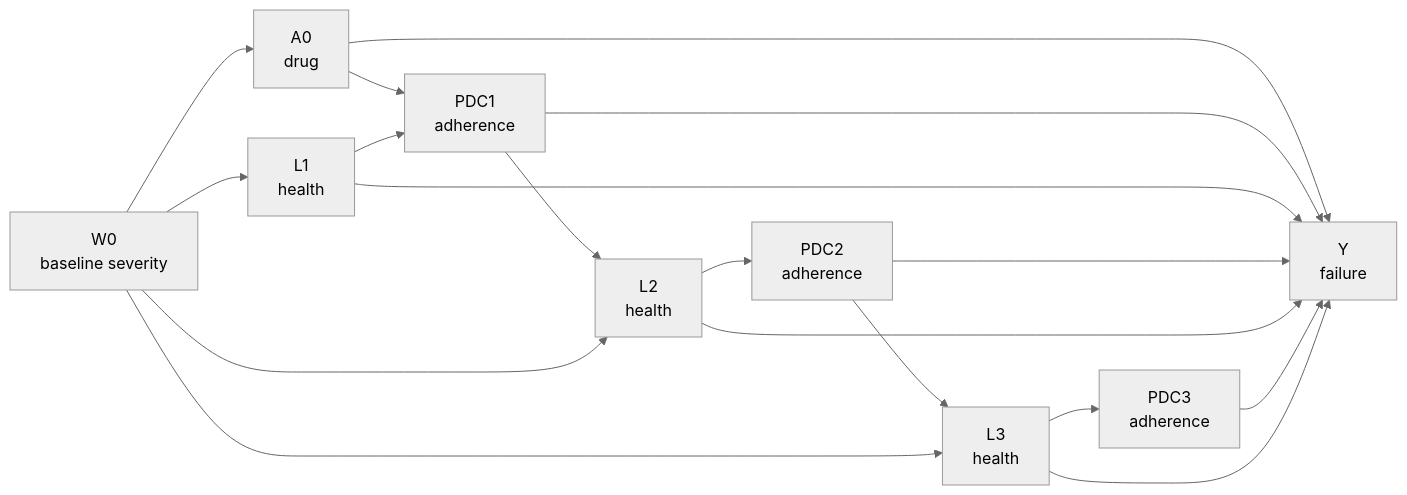
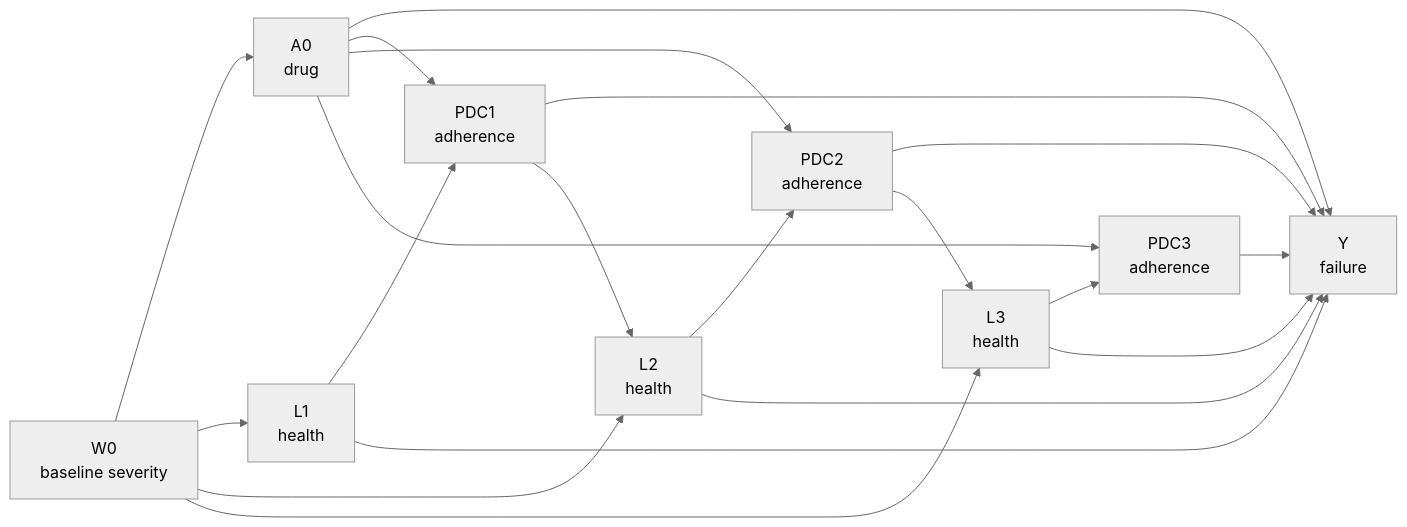
The diagram in 03-03b-adherence-shift-methods.qmd (amertens/causal-learning-handbook), drawn with Mermaid (neutral theme) before and after one commit. The commit also changed other lines of this file and 126 other files, not shown here.

````diff
--- a/03-03b-adherence-shift-methods.qmd
+++ b/03-03b-adherence-shift-methods.qmd
@@ -83,22 +83,24 @@
 ```{mermaid}
 %%| label: fig-adherence-dag
-%%| fig-cap: "Three blocks of the adherence process (K = 3). Baseline severity W0 channels the drug choice A0 (confounding by indication, the arrow W0 to A0). Health status L at each block confounds the adherence-to-failure relationship and is itself moved by prior adherence (the feedback arrows PDC1 to L2 and PDC2 to L3); this is treatment-confounder feedback. The drug A0 modifies the adherence-to-failure relationship at every block (forgiveness). A regression that conditions on L removes the confounding but also blocks the pathway through which past adherence acts; a regression that omits L leaves the confounding in place."
+%%| fig-cap: "Three blocks of the adherence process (K = 3). Baseline severity W0 channels the drug choice A0 (confounding by indication, the arrow W0 to A0). Health status L at each block confounds the adherence-to-failure relationship and is itself moved by prior adherence (the feedback arrows PDC1 to L2 and PDC2 to L3); this is treatment-confounder feedback. The drug A0 also lowers adherence at every block (the arrows A0 to PDC1, PDC2, and PDC3). The drug's forgiveness, its modification of how adherence maps to failure, is not a drawable edge but a feature of the structural failure model. A regression that conditions on L removes the confounding but also blocks the pathway through which past adherence acts; a regression that omits L leaves the confounding in place."
 flowchart LR
   W0["W0<br/>baseline severity"] --> A0["A0<br/>drug"]
   W0 --> L1["L1<br/>health"]
   A0 --> Y["Y<br/>failure"]
   A0 --> P1["PDC1<br/>adherence"]
   L1 --> P1
   P1 --> Y
   L1 --> Y
   P1 --> L2["L2<br/>health"]
   W0 --> L2
   L2 --> P2["PDC2<br/>adherence"]
+  A0 --> P2
   P2 --> Y
   L2 --> Y
   P2 --> L3["L3<br/>health"]
   W0 --> L3
   L3 --> P3["PDC3<br/>adherence"]
+  A0 --> P3
   P3 --> Y
   L3 --> Y
 ```
````
